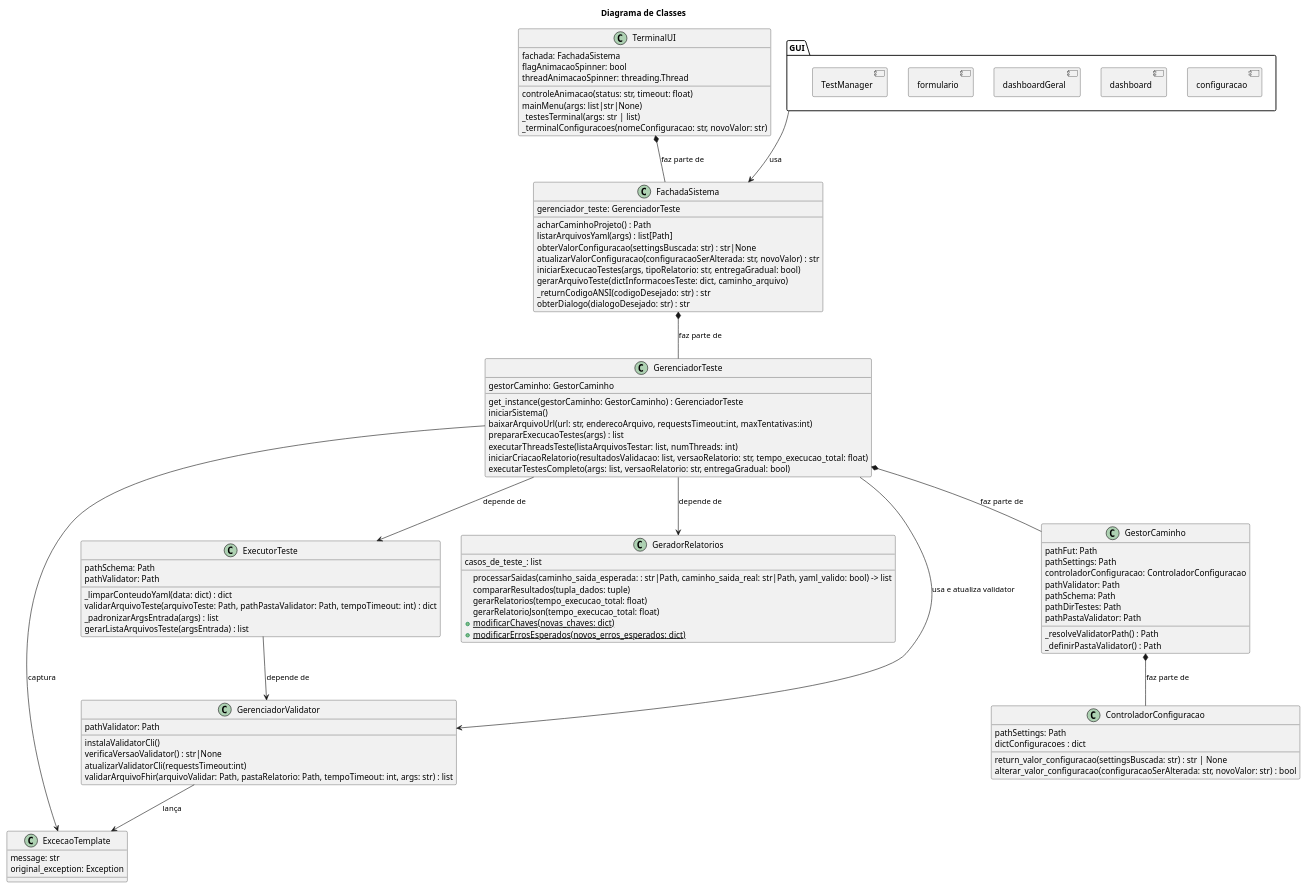
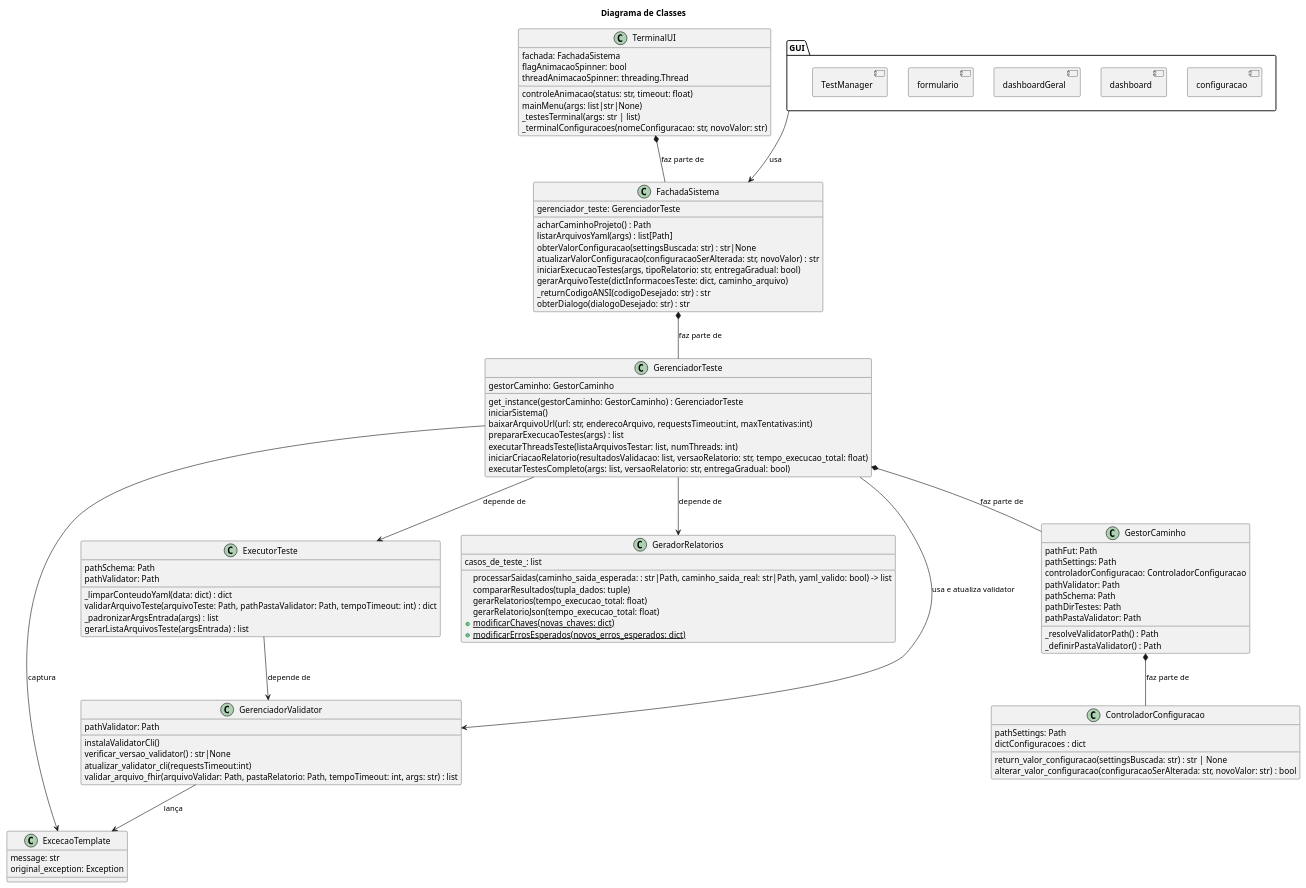
One commit to LeonardoCFilho/fut changed the diagram in Documentacao/Diagramas/DiagramaClasse.puml. Above: the diagram before and after it, drawn with PlantUML. The commit also changed 5 other files, not shown here.

```diff
--- a/Documentacao/Diagramas/DiagramaClasse.puml
+++ b/Documentacao/Diagramas/DiagramaClasse.puml
@@ -1,119 +1,119 @@
 @startuml Classes
 
 ' Título do diagrama
 title Diagrama de Classes
 top to bottom direction
 ' Classes
 class ControladorConfiguracao {
     pathSettings: Path
     dictConfiguracoes : dict
     return_valor_configuracao(settingsBuscada: str) : str | None
     alterar_valor_configuracao(configuracaoSerAlterada: str, novoValor: str) : bool
 }
 class ExcecaoTemplate {
     message: str
     original_exception: Exception
 }
 class ExecutorTeste {
     pathSchema: Path
     pathValidator: Path
     _limparConteudoYaml(data: dict) : dict
     validarArquivoTeste(arquivoTeste: Path, pathPastaValidator: Path, tempoTimeout: int) : dict
     _padronizarArgsEntrada(args) : list
     gerarListaArquivosTeste(argsEntrada) : list
 
 }
 class GeradorRelatorios {
     casos_de_teste_: list
     processarSaidas(caminho_saida_esperada: : str|Path, caminho_saida_real: str|Path, yaml_valido: bool) -> list
     compararResultados(tupla_dados: tuple)
     gerarRelatorios(tempo_execucao_total: float)
     gerarRelatorioJson(tempo_execucao_total: float)
     {static} +modificarChaves(novas_chaves: dict)
     {static} +modificarErrosEsperados(novos_erros_esperados: dict)
 }
 class GerenciadorTeste {
     gestorCaminho: GestorCaminho
     get_instance(gestorCaminho: GestorCaminho) : GerenciadorTeste
     iniciarSistema()
     baixarArquivoUrl(url: str, enderecoArquivo, requestsTimeout:int, maxTentativas:int)
     prepararExecucaoTestes(args) : list
     executarThreadsTeste(listaArquivosTestar: list, numThreads: int)
     iniciarCriacaoRelatorio(resultadosValidacao: list, versaoRelatorio: str, tempo_execucao_total: float)
     executarTestesCompleto(args: list, versaoRelatorio: str, entregaGradual: bool)
 }
 class GerenciadorValidator {
     pathValidator: Path
     instalaValidatorCli()
-    verificaVersaoValidator() : str|None
-    atualizarValidatorCli(requestsTimeout:int)
-    validarArquivoFhir(arquivoValidar: Path, pastaRelatorio: Path, tempoTimeout: int, args: str) : list
+    verificar_versao_validator() : str|None
+    atualizar_validator_cli(requestsTimeout:int)
+    validar_arquivo_fhir(arquivoValidar: Path, pastaRelatorio: Path, tempoTimeout: int, args: str) : list
 }
 class GestorCaminho {
     pathFut: Path
     pathSettings: Path
     controladorConfiguracao: ControladorConfiguracao
     pathValidator: Path 
     pathSchema: Path  
     pathDirTestes: Path
     pathPastaValidator: Path
     _resolveValidatorPath() : Path   
     _definirPastaValidator() :  Path  
 
 }
 class FachadaSistema {
     gerenciador_teste: GerenciadorTeste
     acharCaminhoProjeto() : Path   
     listarArquivosYaml(args) : list[Path]
     obterValorConfiguracao(settingsBuscada: str) : str|None
     atualizarValorConfiguracao(configuracaoSerAlterada: str, novoValor) : str 
     iniciarExecucaoTestes(args, tipoRelatorio: str, entregaGradual: bool)
     gerarArquivoTeste(dictInformacoesTeste: dict, caminho_arquivo)
     _returnCodigoANSI(codigoDesejado: str) : str
     obterDialogo(dialogoDesejado: str) : str
 }
 class TerminalUI {
     fachada: FachadaSistema
     flagAnimacaoSpinner: bool
     threadAnimacaoSpinner: threading.Thread
     controleAnimacao(status: str, timeout: float)
     mainMenu(args: list|str|None)
     _testesTerminal(args: str | list)
     _terminalConfiguracoes(nomeConfiguracao: str, novoValor: str)
 }
 package GUI {
     component configuracao{
 
     }
     component dashboard{
 
     }
     component dashboardGeral{
 
     }
     component formulario{
 
     }
     component TestManager{
 
     }
 }
 
 ' Relacoes
 GUI --> FachadaSistema : usa
 GerenciadorTeste --> GeradorRelatorios : depende de
 GerenciadorTeste --> ExecutorTeste : depende de
 ExecutorTeste --> GerenciadorValidator : depende de
 GerenciadorTeste --> GerenciadorValidator : usa e atualiza validator
 
 '' Excecao template
 GerenciadorValidator --> ExcecaoTemplate : lança
 GerenciadorTeste --> ExcecaoTemplate : captura
 
 '' Composições
 GerenciadorTeste *-- GestorCaminho : faz parte de
 GestorCaminho *-- ControladorConfiguracao : faz parte de
 FachadaSistema *-- GerenciadorTeste : faz parte de
 TerminalUI *-- FachadaSistema : faz parte de
 
 @enduml
```
